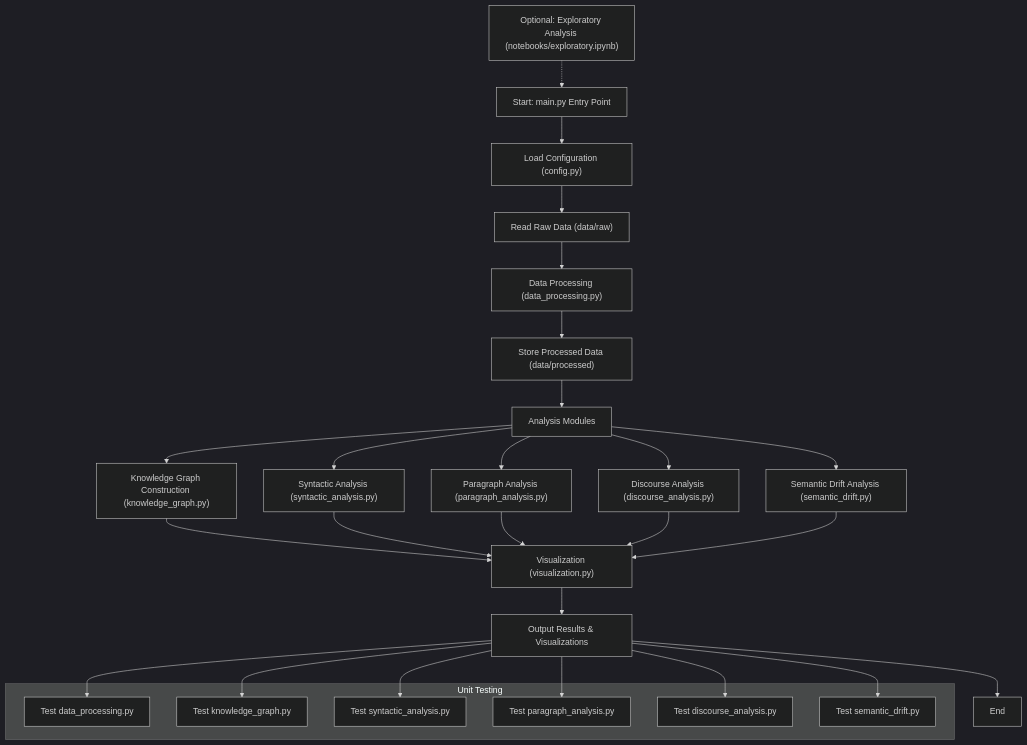
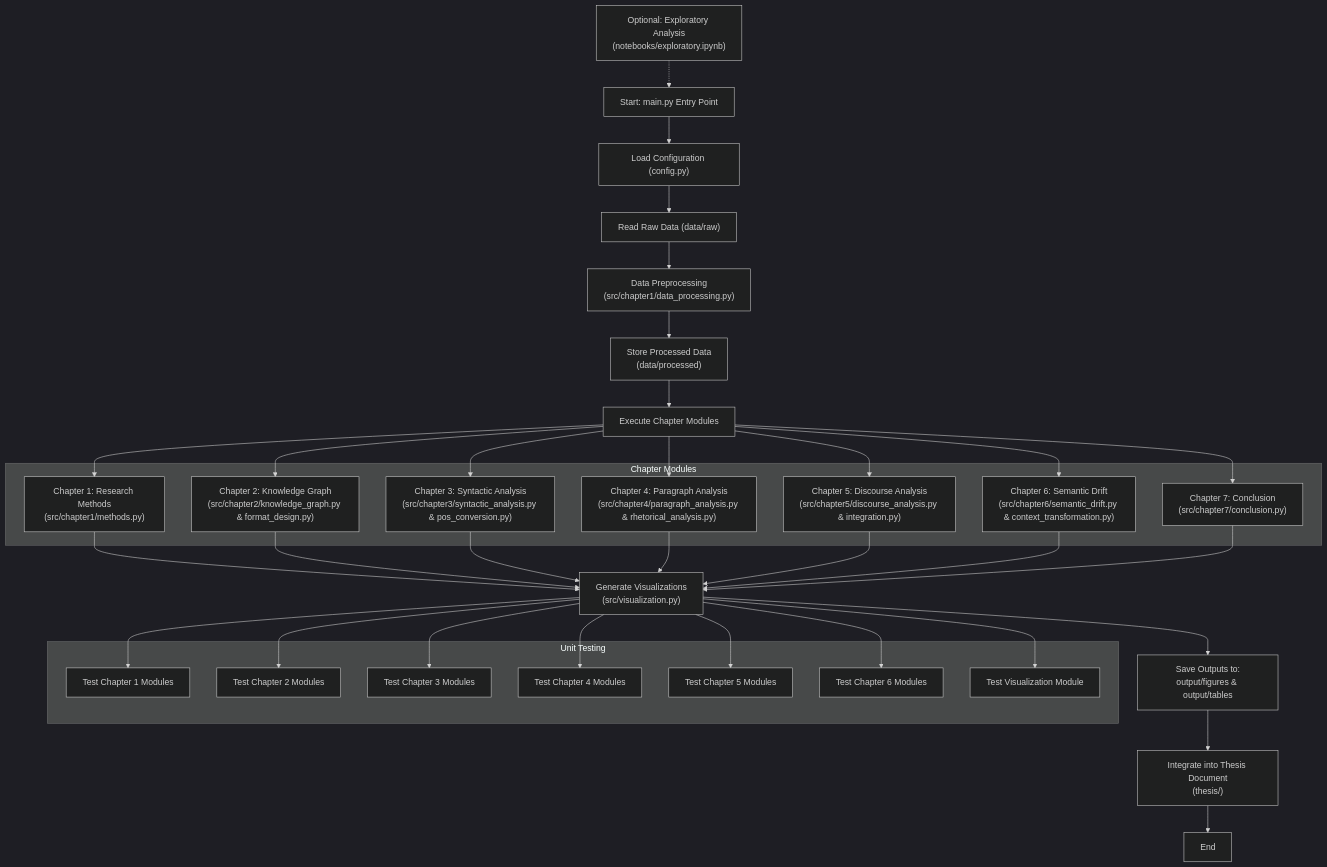
The diagram in README.md (Taoyi-Chiang/thesis-repo), drawn with Mermaid (dark theme) before and after one commit. The commit also changed other lines of this file, not shown here.

````diff
--- a/README.md
+++ b/README.md
@@ -47,37 +68,52 @@
 ```mermaid
 flowchart TD
     A["Start: main.py Entry Point"] --> B["Load Configuration (config.py)"]
     B --> C["Read Raw Data (data/raw)"]
-    C --> D["Data Processing (data_processing.py)"]
-    D --> E["Store Processed Data (data/processed)"]
-    E --> F["Analysis Modules"]
-    F --> G["Knowledge Graph Construction (knowledge_graph.py)"]
-    F --> H["Syntactic Analysis (syntactic_analysis.py)"]
-    F --> I["Paragraph Analysis (paragraph_analysis.py)"]
-    F --> J["Discourse Analysis (discourse_analysis.py)"]
-    F --> K["Semantic Drift Analysis (semantic_drift.py)"]
-    G --> L["Visualization (visualization.py)"]
-    H --> L
-    I --> L
-    J --> L
-    K --> L
-    L --> M["Output Results & Visualizations"]
-    M --> N["End"]
+    C --> D["Data Preprocessing\n(src/chapter1/data_processing.py)"]
+    D --> E["Store Processed Data\n(data/processed)"]
+    E --> F["Execute Chapter Modules"]
+    
+    subgraph Chapters[Chapter Modules]
+      F1["Chapter 1: Research Methods\n(src/chapter1/methods.py)"]
+      F2["Chapter 2: Knowledge Graph\n(src/chapter2/knowledge_graph.py & format_design.py)"]
+      F3["Chapter 3: Syntactic Analysis\n(src/chapter3/syntactic_analysis.py & pos_conversion.py)"]
+      F4["Chapter 4: Paragraph Analysis\n(src/chapter4/paragraph_analysis.py & rhetorical_analysis.py)"]
+      F5["Chapter 5: Discourse Analysis\n(src/chapter5/discourse_analysis.py & integration.py)"]
+      F6["Chapter 6: Semantic Drift\n(src/chapter6/semantic_drift.py & context_transformation.py)"]
+      F7["Chapter 7: Conclusion\n(src/chapter7/conclusion.py)"]
+    end
+    
+    F --> F1
+    F --> F2
+    F --> F3
+    F --> F4
+    F --> F5
+    F --> F6
+    F --> F7
+
+    F1 & F2 & F3 & F4 & F5 & F6 & F7 --> G["Generate Visualizations\n(src/visualization.py)"]
+    G --> H["Save Outputs to:\noutput/figures & output/tables"]
+    H --> I["Integrate into Thesis Document\n(thesis/)"]
+    I --> J["End"]
 
     subgraph UnitTests["Unit Testing"]
-      T1["Test data_processing.py"]
-      T2["Test knowledge_graph.py"]
-      T3["Test syntactic_analysis.py"]
-      T4["Test paragraph_analysis.py"]
-      T5["Test discourse_analysis.py"]
-      T6["Test semantic_drift.py"]
+      T1["Test Chapter 1 Modules"]
+      T2["Test Chapter 2 Modules"]
+      T3["Test Chapter 3 Modules"]
+      T4["Test Chapter 4 Modules"]
+      T5["Test Chapter 5 Modules"]
+      T6["Test Chapter 6 Modules"]
+      T7["Test Visualization Module"]
     end
-    M --> T1
-    M --> T2
-    M --> T3
-    M --> T4
-    M --> T5
-    M --> T6
 
-    P["Optional: Exploratory Analysis (notebooks/exploratory.ipynb)"] -.-> A
+    G --> T1
+    G --> T2
+    G --> T3
+    G --> T4
+    G --> T5
+    G --> T6
+    G --> T7
+
+    K["Optional: Exploratory Analysis\n(notebooks/exploratory.ipynb)"] -.-> A
+
 ```
````
